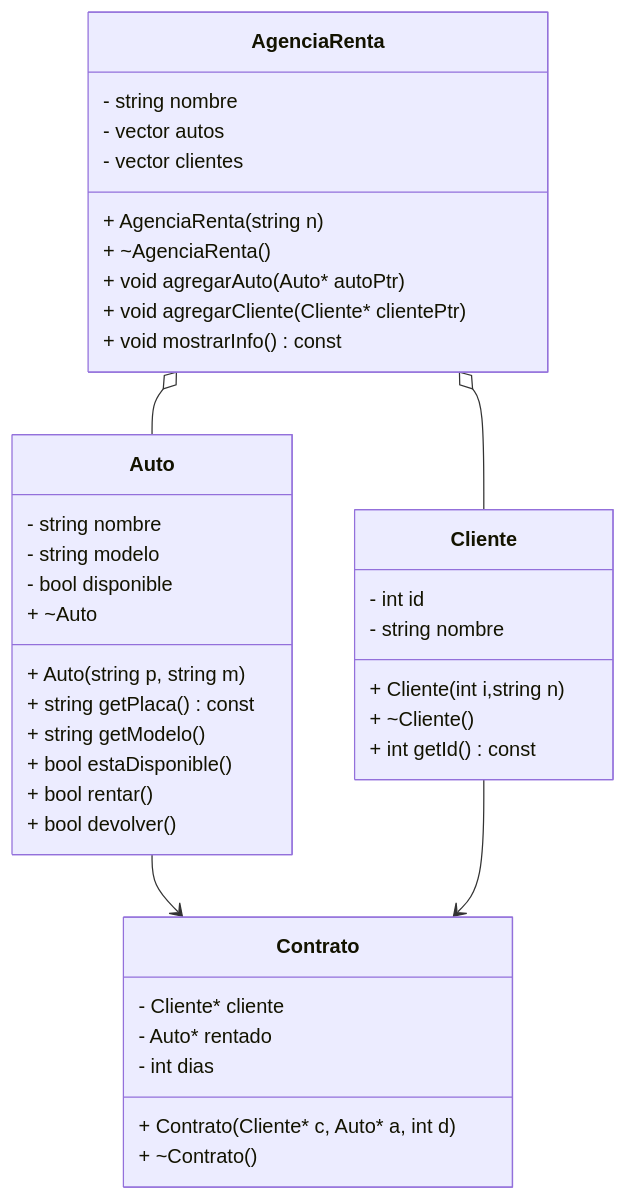
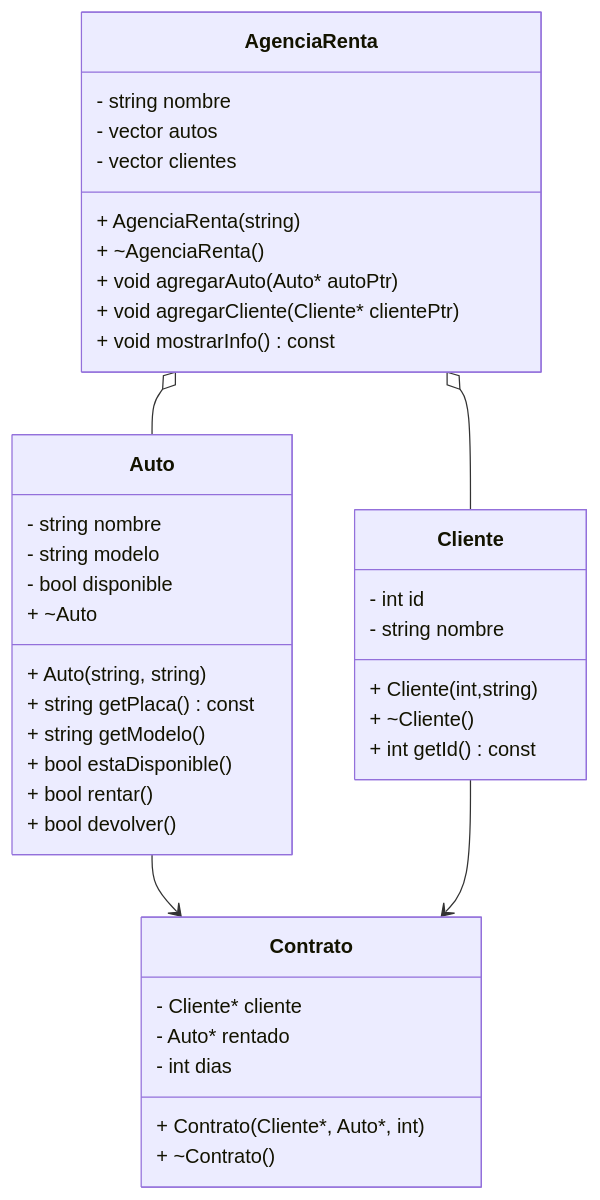
Before and after one commit to AlejandroYuChen/Ejercicios-Asociaciones: the diagram in classDiagram Program 2.md, drawn with Mermaid.

Commit message:
Update classDiagram Program 2.md

````diff
--- a/classDiagram Program 2.md
+++ b/classDiagram Program 2.md
@@ -1,47 +1,47 @@
 ```mermaid
 classDiagram
     class Auto {
         - string nombre
         - string modelo
         - bool disponible
-        + Auto(string p, string m)
+        + Auto(string, string)
         + ~Auto
         + string getPlaca() const
         + string getModelo()
         + bool estaDisponible()
         + bool rentar()
         + bool devolver()
     }
 
     class Cliente {
         - int id
         - string nombre
-        + Cliente(int i,string n)
+        + Cliente(int,string)
         + ~Cliente() 
         + int getId() const
     }
 
     class Contrato {
         - Cliente* cliente
         - Auto* rentado
         - int dias
-        + Contrato(Cliente* c, Auto* a, int d)
+        + Contrato(Cliente*, Auto*, int)
         + ~Contrato()
     }
 
     class AgenciaRenta {
         - string nombre
         - vector<Auto*> autos
         - vector<Cliente*> clientes
-        + AgenciaRenta(string n)
+        + AgenciaRenta(string)
         + ~AgenciaRenta()
         + void agregarAuto(Auto* autoPtr)
         + void agregarCliente(Cliente* clientePtr)
         + void mostrarInfo() const
     }
 
     AgenciaRenta o-- Auto
     AgenciaRenta o-- Cliente
     Auto --> Contrato
     Cliente --> Contrato
 ```
````
